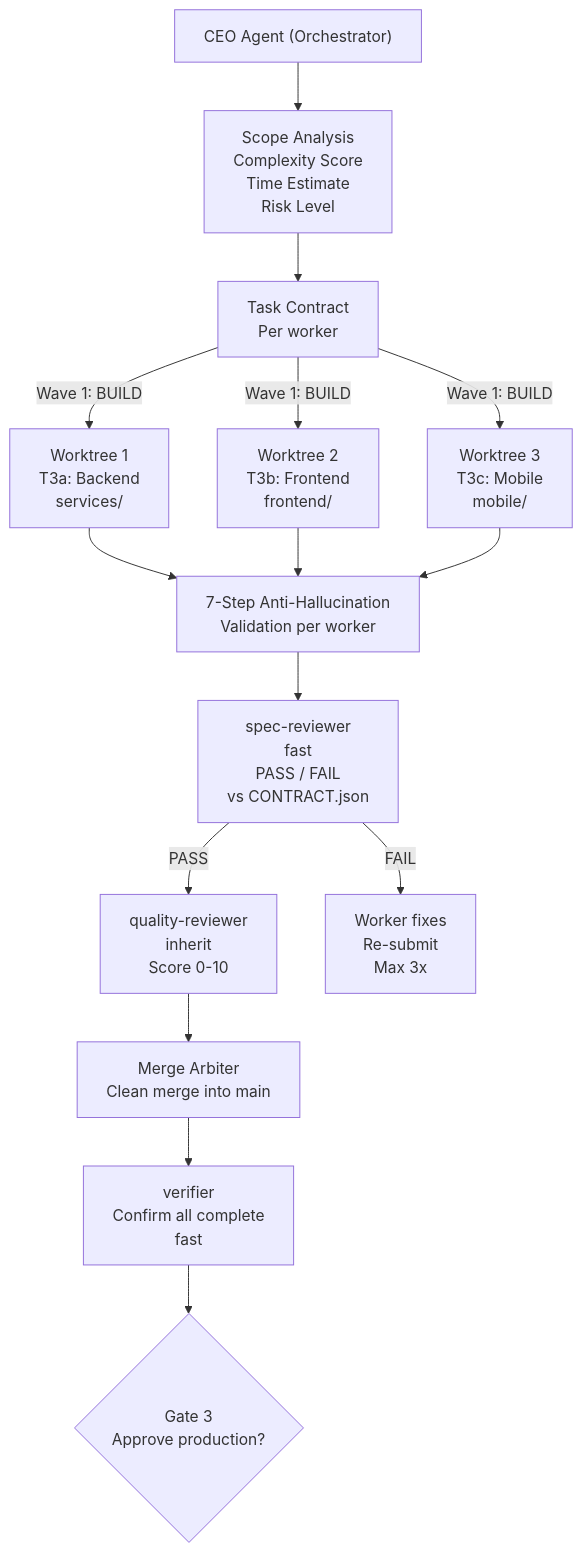
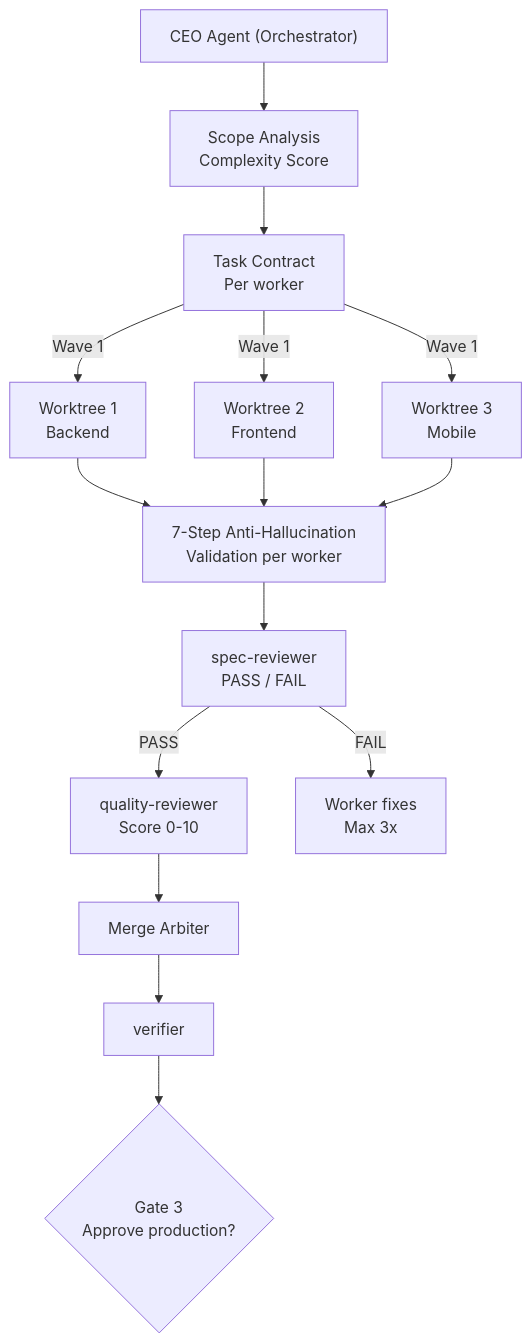
Before and after one commit to buiphucminhtam/forgewright: the fifth of 7 diagrams in README.md, drawn with Mermaid. The commit also changed other lines of this file and 1 other file, not shown here.

````diff
--- a/README.md
+++ b/README.md
@@ -522,17 +656,17 @@
 ```mermaid
 flowchart TD
-    CEO["CEO Agent (Orchestrator)"] --> SA["Scope Analysis<br/>Complexity Score<br/>Time Estimate<br/>Risk Level"]
+    CEO["CEO Agent (Orchestrator)"] --> SA["Scope Analysis<br/>Complexity Score"]
     SA --> TC["Task Contract<br/>Per worker"]
-    TC -->|"Wave 1: BUILD"| WT1["Worktree 1<br/>T3a: Backend<br/>services/"]
-    TC -->|"Wave 1: BUILD"| WT2["Worktree 2<br/>T3b: Frontend<br/>frontend/"]
-    TC -->|"Wave 1: BUILD"| WT3["Worktree 3<br/>T3c: Mobile<br/>mobile/"]
+    TC -->|"Wave 1"| WT1["Worktree 1<br/>Backend"]
+    TC -->|"Wave 1"| WT2["Worktree 2<br/>Frontend"]
+    TC -->|"Wave 1"| WT3["Worktree 3<br/>Mobile"]
     WT1 --> VAL["7-Step Anti-Hallucination<br/>Validation per worker"]
     WT2 --> VAL
     WT3 --> VAL
-    VAL --> SR["spec-reviewer<br/>fast<br/>PASS / FAIL<br/>vs CONTRACT.json"]
-    SR -->|"PASS"| QR["quality-reviewer<br/>inherit<br/>Score 0-10"]
-    QR --> MA["Merge Arbiter<br/>Clean merge into main"]
-    SR -->|"FAIL"| FIX["Worker fixes<br/>Re-submit<br/>Max 3x"]
-    MA --> VER["verifier<br/>Confirm all complete<br/>fast"]
+    VAL --> SR["spec-reviewer<br/>PASS / FAIL"]
+    SR -->|"PASS"| QR["quality-reviewer<br/>Score 0-10"]
+    QR --> MA["Merge Arbiter"]
+    SR -->|"FAIL"| FIX["Worker fixes<br/>Max 3x"]
+    MA --> VER["verifier"]
     VER --> G3{"Gate 3<br/>Approve production?"}
 ```
````
